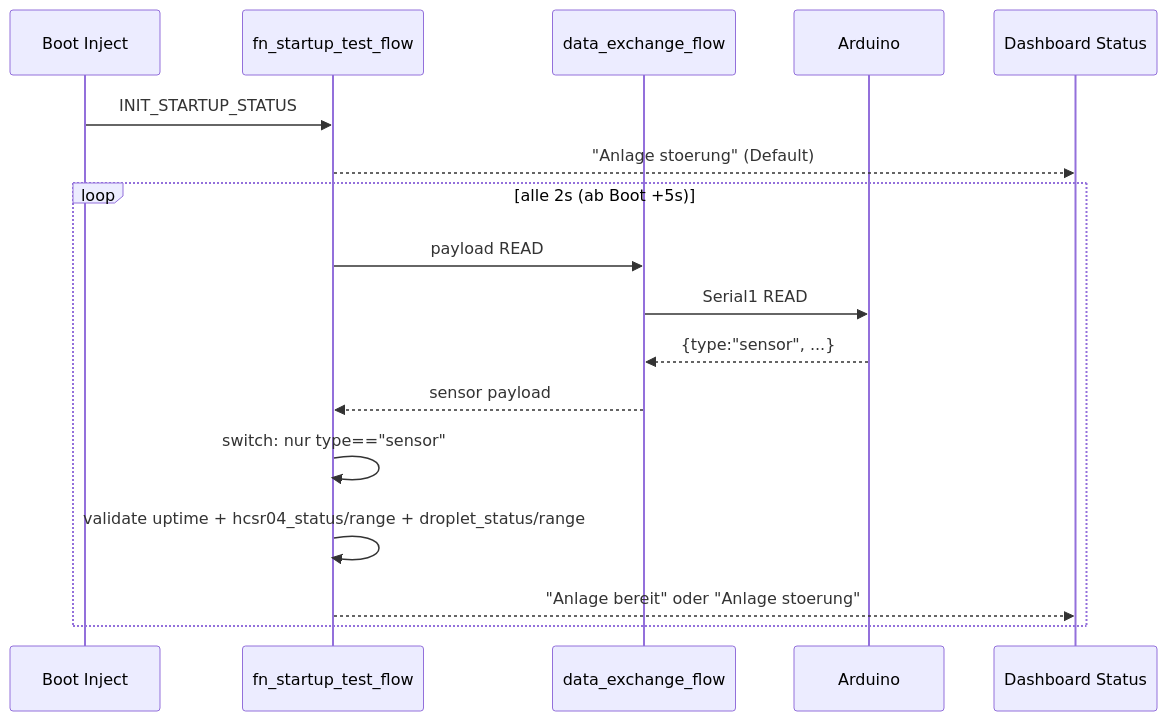
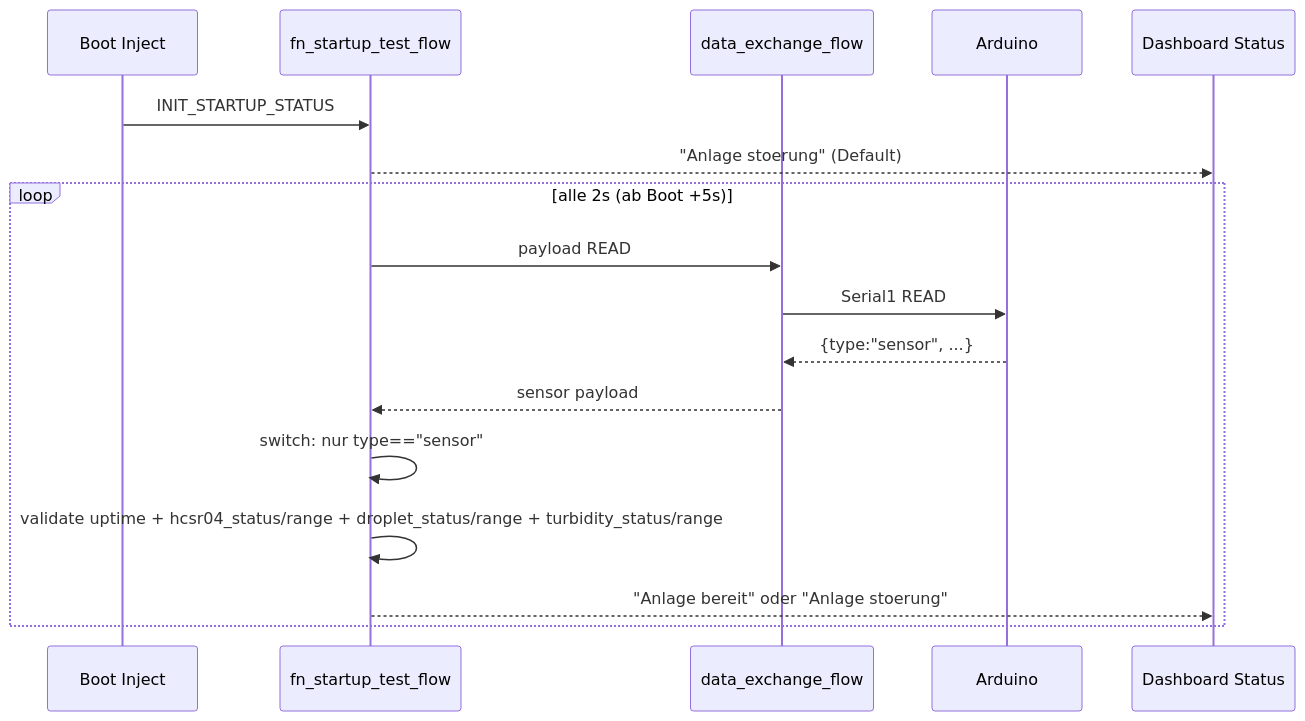
Before and after one commit to HerrnDK/Projekt: the eighth of 13 diagrams in nodered/flows/FLOW_ARCHITEKTUR_PLAN.md, drawn with Mermaid. The commit also changed other lines of this file and 12 other files, not shown here.

````diff
--- a/nodered/flows/FLOW_ARCHITEKTUR_PLAN.md
+++ b/nodered/flows/FLOW_ARCHITEKTUR_PLAN.md
@@ -170,21 +170,21 @@
 ```mermaid
 sequenceDiagram
   participant Boot as Boot Inject
   participant ST as fn_startup_test_flow
   participant X as data_exchange_flow
   participant A as Arduino
   participant D as Dashboard Status
 
   Boot->>ST: INIT_STARTUP_STATUS
   ST-->>D: "Anlage stoerung" (Default)
 
   loop alle 2s (ab Boot +5s)
     ST->>X: payload READ
     X->>A: Serial1 READ
     A-->>X: {type:"sensor", ...}
     X-->>ST: sensor payload
     ST->>ST: switch: nur type=="sensor"
-    ST->>ST: validate uptime + hcsr04_status/range + droplet_status/range
+    ST->>ST: validate uptime + hcsr04_status/range + droplet_status/range + turbidity_status/range
     ST-->>D: "Anlage bereit" oder "Anlage stoerung"
   end
 ```
````
